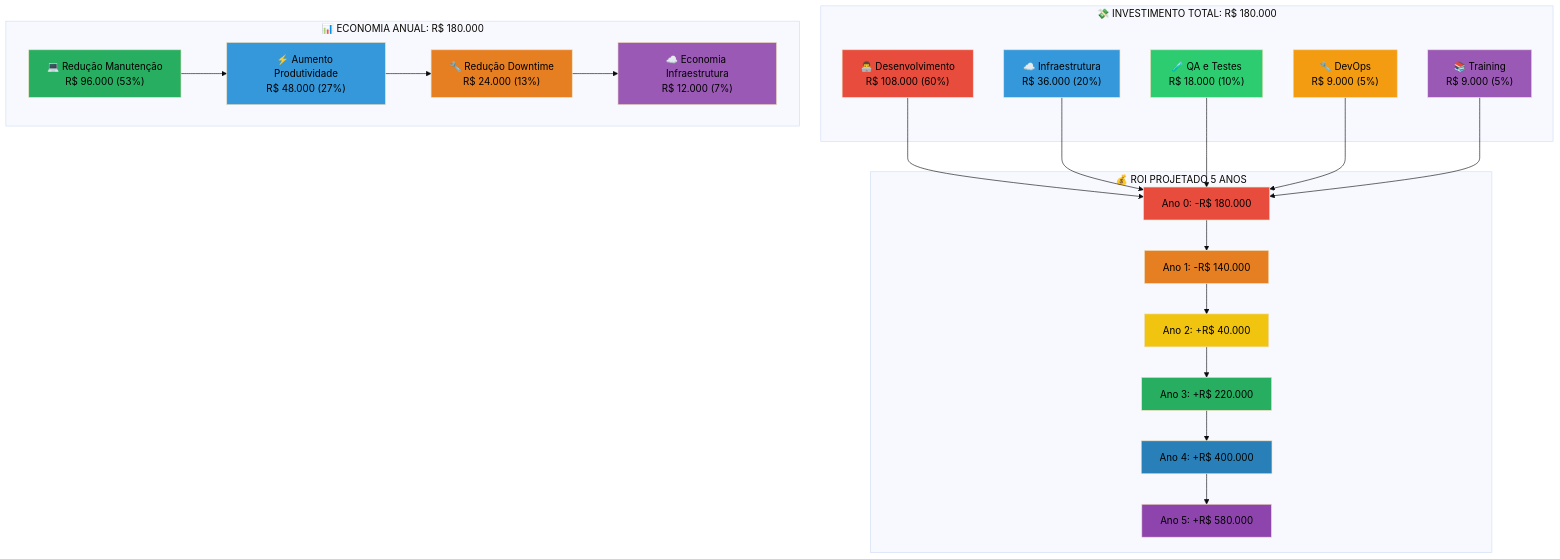
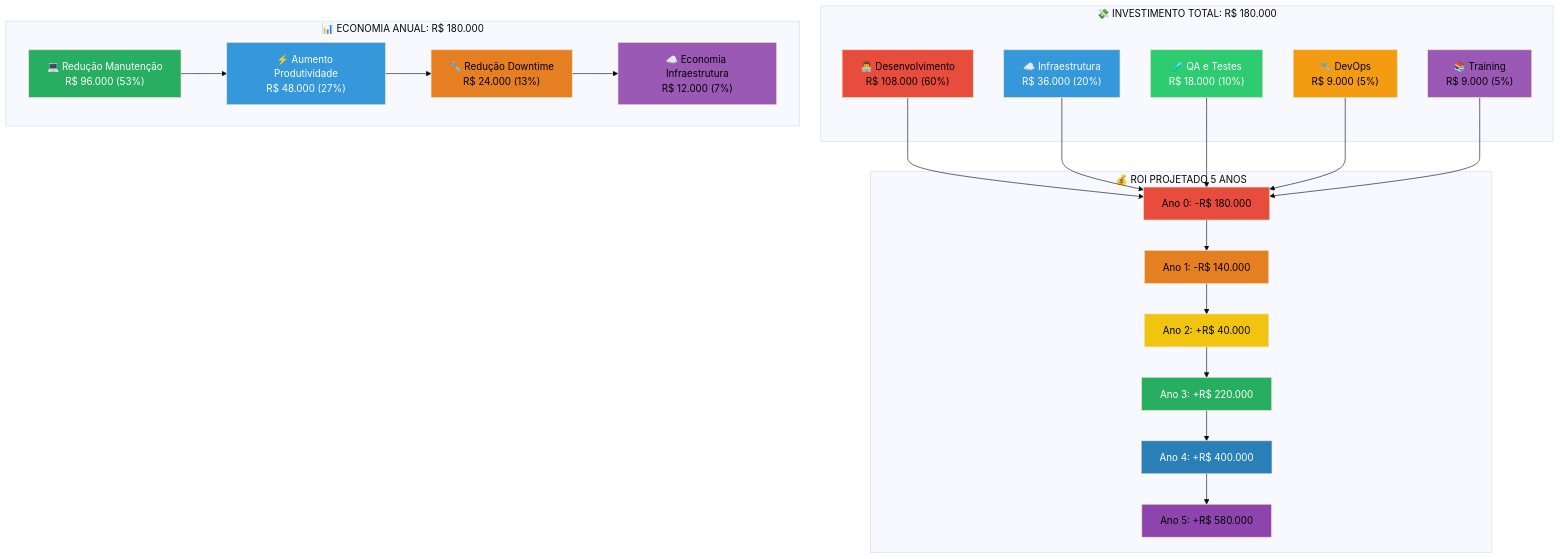
The diagram in 01-Proposta/documentacao/investment.md (EduPereiraAlest/FocusTextil), drawn with Mermaid (base theme) before and after one commit. The commit also changed 5 other files, not shown here.

First line of the commit message:
fix: Ajustar contraste do texto em fundos escuros dos diagramas

````diff
--- a/01-Proposta/documentacao/investment.md
+++ b/01-Proposta/documentacao/investment.md
@@ -5,58 +5,58 @@
 ```mermaid
 graph TB
 subgraph "💸 INVESTIMENTO TOTAL: R$ 180.000"
 A["👨‍💻 Desenvolvimento<br/>R$ 108.000 (60%)"]
 B["☁️ Infraestrutura<br/>R$ 36.000 (20%)"]
 C["🧪 QA e Testes<br/>R$ 18.000 (10%)"]
 D["🔧 DevOps<br/>R$ 9.000 (5%)"]
 E["📚 Training<br/>R$ 9.000 (5%)"]
 end
 
 subgraph "💰 ROI PROJETADO 5 ANOS"
 F["Ano 0: -R$ 180.000"]
 G["Ano 1: -R$ 140.000"]
 H["Ano 2: +R$ 40.000"]
 I["Ano 3: +R$ 220.000"]
 J["Ano 4: +R$ 400.000"]
 K["Ano 5: +R$ 580.000"]
 end
 
 subgraph "📊 ECONOMIA ANUAL: R$ 180.000"
 L["💻 Redução Manutenção<br/>R$ 96.000 (53%)"]
 M["⚡ Aumento Produtividade<br/>R$ 48.000 (27%)"]
 N["🔧 Redução Downtime<br/>R$ 24.000 (13%)"]
 O["☁️ Economia Infraestrutura<br/>R$ 12.000 (7%)"]
 end
 
 A --> F
 B --> F
 C --> F
 D --> F
 E --> F
 
 F --> G
 G --> H
 H --> I
 I --> J
 J --> K
 
 L --> M
 M --> N
 N --> O
 
 style A fill:#e74c3c,color:#000000
-style B fill:#3498db,color:#000000
-style C fill:#2ecc71,color:#000000
+style B fill:#3498db,color:#ffffff
+style C fill:#2ecc71,color:#ffffff
 style D fill:#f39c12,color:#000000
 style E fill:#9b59b6,color:#000000
 style F fill:#e74c3c,color:#000000
 style G fill:#e67e22,color:#000000
 style H fill:#f1c40f,color:#000000
-style I fill:#27ae60,color:#000000
-style J fill:#2980b9,color:#000000
+style I fill:#27ae60,color:#ffffff
+style J fill:#2980b9,color:#ffffff
 style K fill:#8e44ad,color:#000000
-style L fill:#27ae60,color:#000000
-style M fill:#3498db,color:#000000
+style L fill:#27ae60,color:#ffffff
+style M fill:#3498db,color:#ffffff
 style N fill:#e67e22,color:#000000
 style O fill:#9b59b6,color:#000000
 ```
````
